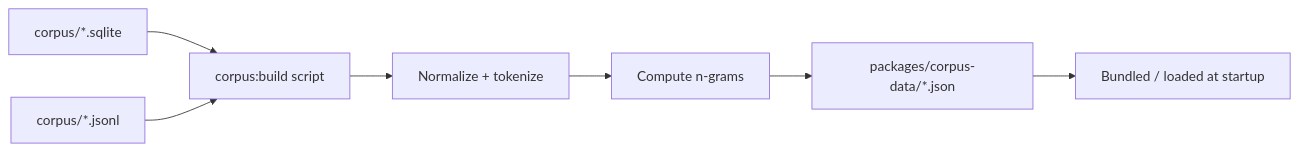
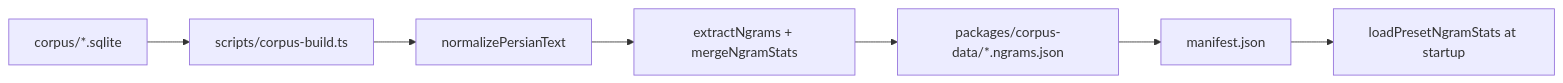
The fifth of 6 diagrams in docs/architecture.md (saok91/pkbl), drawn with Mermaid before and after one commit. The commit also changed other lines of this file and 23 other files, not shown here.

````diff
--- a/docs/architecture.md
+++ b/docs/architecture.md
@@ -356,9 +367,9 @@
 ```mermaid
 flowchart LR
-    SQLite["corpus/*.sqlite"] --> Ingest["corpus:build script"]
-    JSONL["corpus/*.jsonl"] --> Ingest
-    Ingest --> Normalize["Normalize + tokenize"]
-    Normalize --> Ngram["Compute n-grams"]
-    Ngram --> Artifact["packages/corpus-data/*.json"]
-    Artifact --> Deploy["Bundled / loaded at startup"]
+    SQLite["corpus/*.sqlite"] --> Ingest["scripts/corpus-build.ts"]
+    Ingest --> Normalize["normalizePersianText"]
+    Normalize --> Ngram["extractNgrams + mergeNgramStats"]
+    Ngram --> Artifact["packages/corpus-data/*.ngrams.json"]
+    Artifact --> Manifest["manifest.json"]
+    Manifest --> Deploy["loadPresetNgramStats at startup"]
 ```
````
